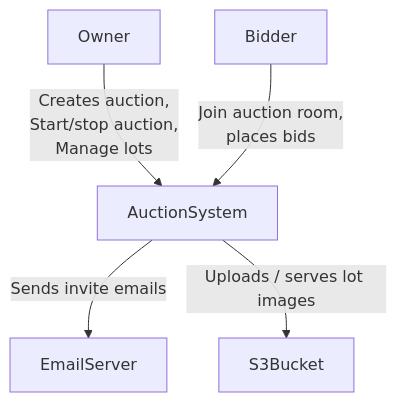
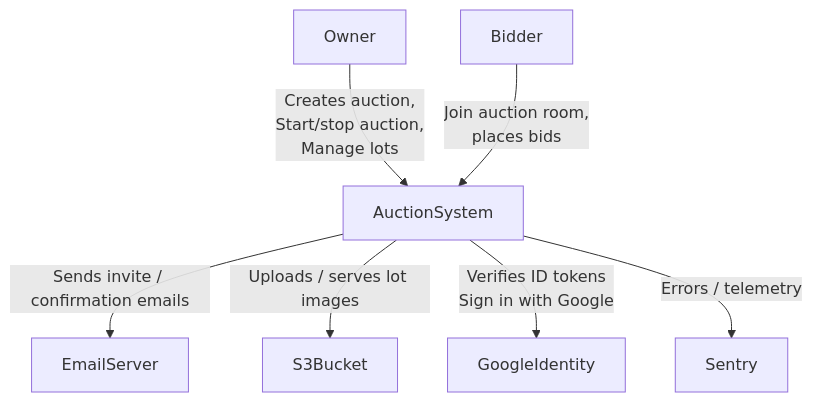
One commit to NativeJedi/auction-hub-app changed the first of 4 diagrams in docs/c4/C4_graph.md. Above: the diagram before and after it, drawn with Mermaid. The commit also changed other lines of this file and 8 other files, not shown here.

````diff
--- a/docs/c4/C4_graph.md
+++ b/docs/c4/C4_graph.md
@@ -5,7 +5,9 @@
 ```mermaid
 graph TD
     Owner -->|Creates auction,\n Start/stop auction,\n Manage lots| AuctionSystem
     Bidder -->|Join auction room,\n places bids| AuctionSystem
-    AuctionSystem -->|Sends invite emails| EmailServer
+    AuctionSystem -->|Sends invite / confirmation emails| EmailServer
     AuctionSystem -->|Uploads / serves lot images | S3Bucket
+    AuctionSystem -->|Verifies ID tokens\n Sign in with Google| GoogleIdentity
+    AuctionSystem -->|Errors / telemetry| Sentry
 ```
````
